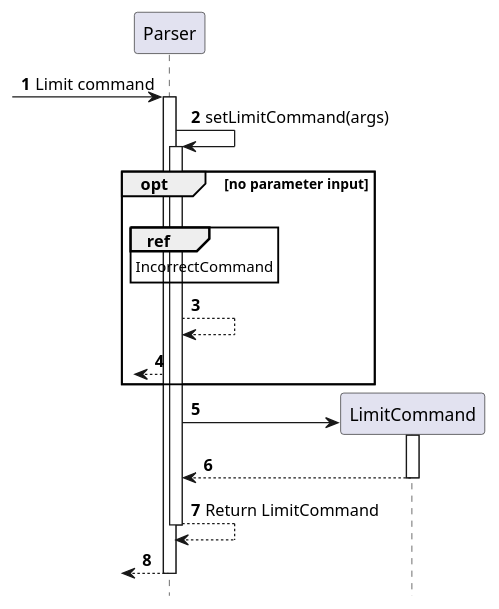
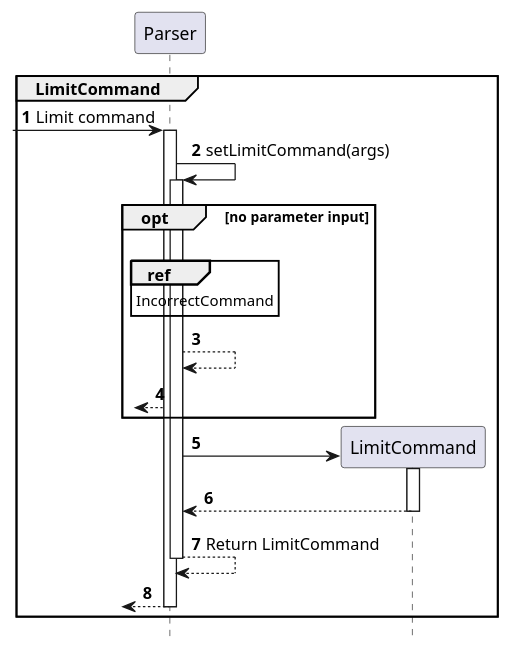
One commit to nus-cs2113-AY2122S2/tp changed the diagram in docs/sequenceDiagrams/limitCommand.puml. Above: the diagram before and after it, drawn with PlantUML. The commit also changed 17 other files, not shown here.

Commit message:
add sequnce diagram to DG

```diff
--- a/docs/sequenceDiagrams/limitCommand.puml
+++ b/docs/sequenceDiagrams/limitCommand.puml
@@ -1,28 +1,30 @@
 @startuml
 'https://plantuml.com/sequence-diagram
 
 hide footbox
 autonumber
-
+group LimitCommand
 ?-> Parser: Limit command
 Activate Parser
 Parser -> Parser: setLimitCommand(args)
 Activate Parser
 
 opt no parameter input
     |||
     ref over Parser: IncorrectCommand
     Parser --> Parser
     ?<-- Parser
 end
 
 Parser -> LimitCommand **
 Activate LimitCommand
 Parser <-- LimitCommand
 Deactivate LimitCommand
 
 Parser --> Parser: Return LimitCommand
 Deactivate Parser
 ?<-- Parser
 Deactivate Parser
+
+end
 @enduml
```
